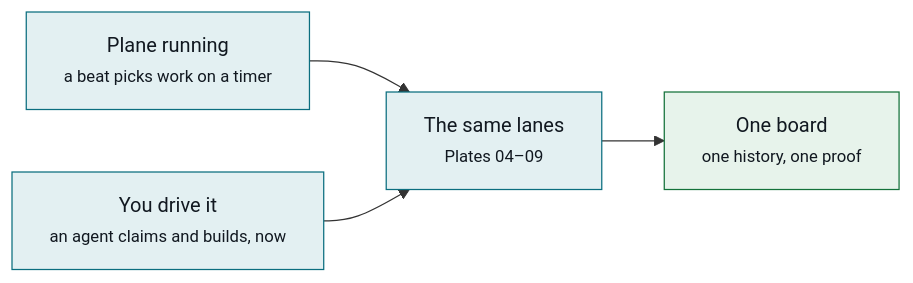
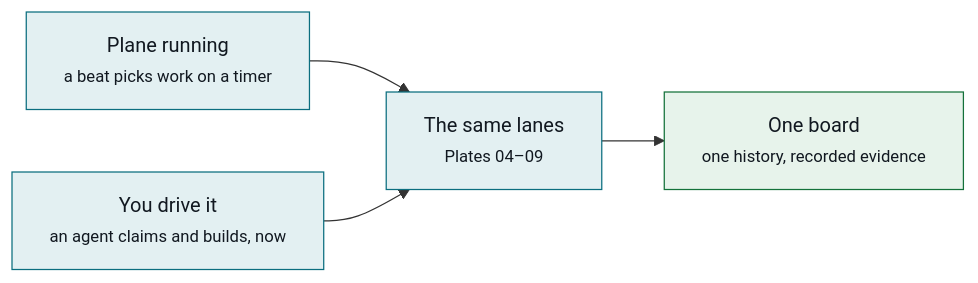
One commit to MrChikns/loopkit changed diagram 11 of 11 in docs/plane-flows.md. Above: the diagram before and after it, drawn with Mermaid. The commit also changed other lines of this file and 21 other files, not shown here.

````diff
--- a/docs/plane-flows.md
+++ b/docs/plane-flows.md
@@ -606,11 +618,11 @@
 ```mermaid
 flowchart LR
   T1["Plane running<br/><small>a beat picks work on a timer</small>"] --> ONE["The same lanes<br/><small>Plates 04–09</small>"]
   T2["You drive it<br/><small>an agent claims and builds, now</small>"] --> ONE
-  ONE --> BOARD["One board<br/><small>one history, one proof</small>"]
+  ONE --> BOARD["One board<br/><small>one history, recorded evidence</small>"]
 
   classDef step fill:#E3F0F2,stroke:#0B6E7F,color:#111820
   classDef pass fill:#E7F3EB,stroke:#14713A,color:#111820
   class T1,T2,ONE step
   class BOARD pass
 ```
````
